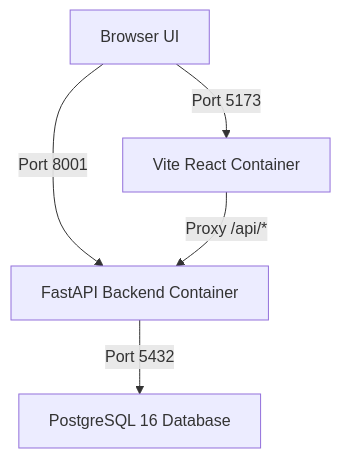
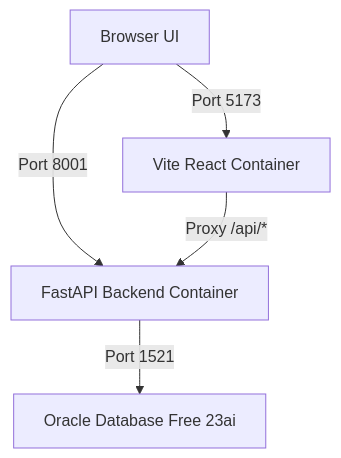
The diagram in README.md (menghong-heng/mini_mart), drawn with Mermaid before and after one commit. The commit also changed other lines of this file and 29 other files, not shown here.

Commit message:
feat: migrate database stack to Oracle

````diff
--- a/README.md
+++ b/README.md
@@ -90,7 +90,7 @@
 ```mermaid
 graph TD
     Client[Browser UI] -->|Port 5173| Frontend[Vite React Container]
     Client -->|Port 8001| Backend[FastAPI Backend Container]
-    Backend -->|Port 5432| DB[PostgreSQL 16 Database]
+    Backend -->|Port 1521| DB[Oracle Database Free 23ai]
     Frontend -->|Proxy /api/*| Backend
 ```
````
